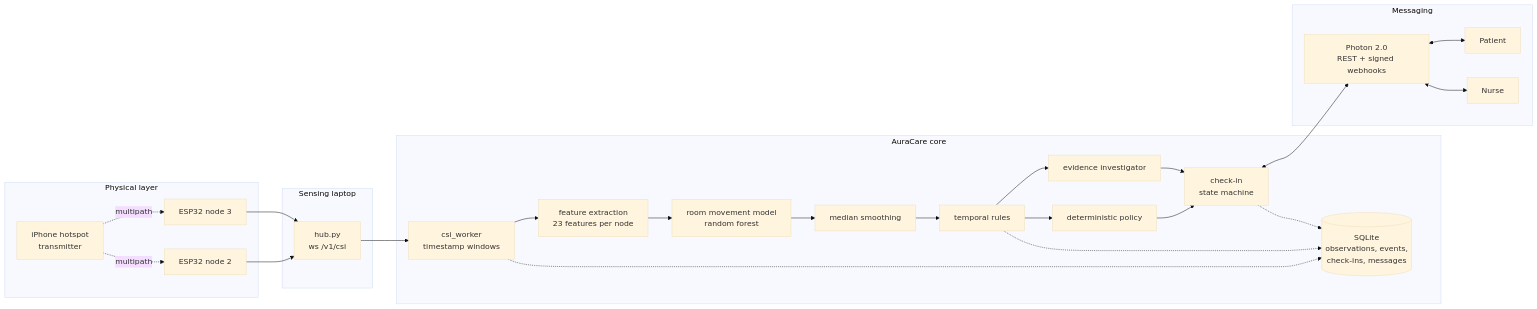
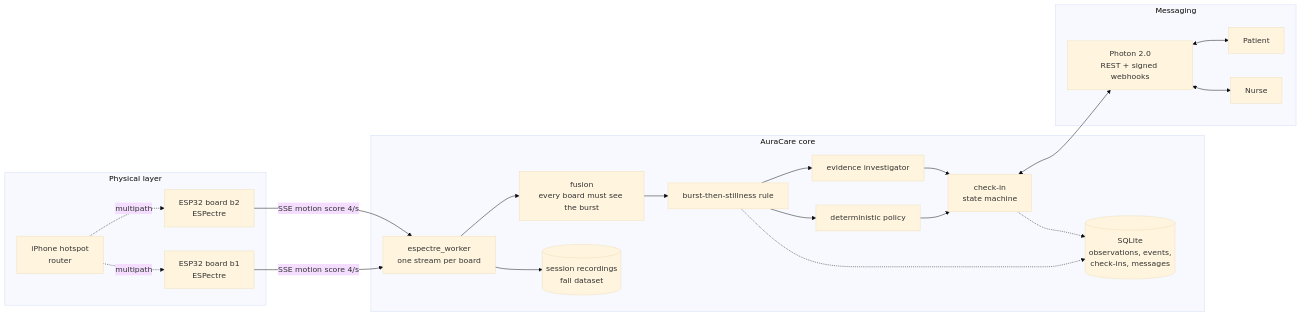
The first of 2 diagrams in README.md (NullPranaya/WiCare), drawn with Mermaid (base theme) before and after one commit. The commit also changed other lines of this file and 13 other files, not shown here.

Commit message:
Live sensing from the team's ESPectre boards: burst-then-stillness rule, two-board fusion, session recording

````diff
--- a/README.md
+++ b/README.md
@@ -99,31 +101,26 @@
 ```mermaid
 flowchart LR
     subgraph RF["Physical layer"]
-        TX[iPhone hotspot<br/>transmitter] -. multipath .-> N2[ESP32 node 2]
-        TX -. multipath .-> N3[ESP32 node 3]
-    end
-    subgraph EDGE["Sensing laptop"]
-        N2 --> HUB[hub.py<br/>ws /v1/csi]
-        N3 --> HUB
+        TX[iPhone hotspot<br/>router] -. multipath .-> B1[ESP32 board b1<br/>ESPectre]
+        TX -. multipath .-> B2[ESP32 board b2<br/>ESPectre]
     end
     subgraph CORE["AuraCare core"]
-        HUB --> W[csi_worker<br/>timestamp windows]
-        W --> F[feature extraction<br/>23 features per node]
-        F --> M[room movement model<br/>random forest]
-        M --> S[median smoothing]
-        S --> D[temporal rules]
+        B1 -- SSE motion score 4/s --> W[espectre_worker<br/>one stream per board]
+        B2 -- SSE motion score 4/s --> W
+        W --> F[fusion<br/>every board must see the burst]
+        W --> REC[(session recordings<br/>fall dataset)]
+        F --> D[burst-then-stillness rule]
         D --> P[deterministic policy]
         P --> C[check-in<br/>state machine]
         D --> I[evidence investigator]
         I --> C
         DB[(SQLite<br/>observations, events,<br/>check-ins, messages)]
-        W -.-> DB
         D -.-> DB
         C -.-> DB
     end
     subgraph MSG["Messaging"]
         C <--> PH[Photon 2.0<br/>REST + signed webhooks]
         PH <--> PT[Patient]
         PH <--> CG[Nurse]
     end
 ```
````
